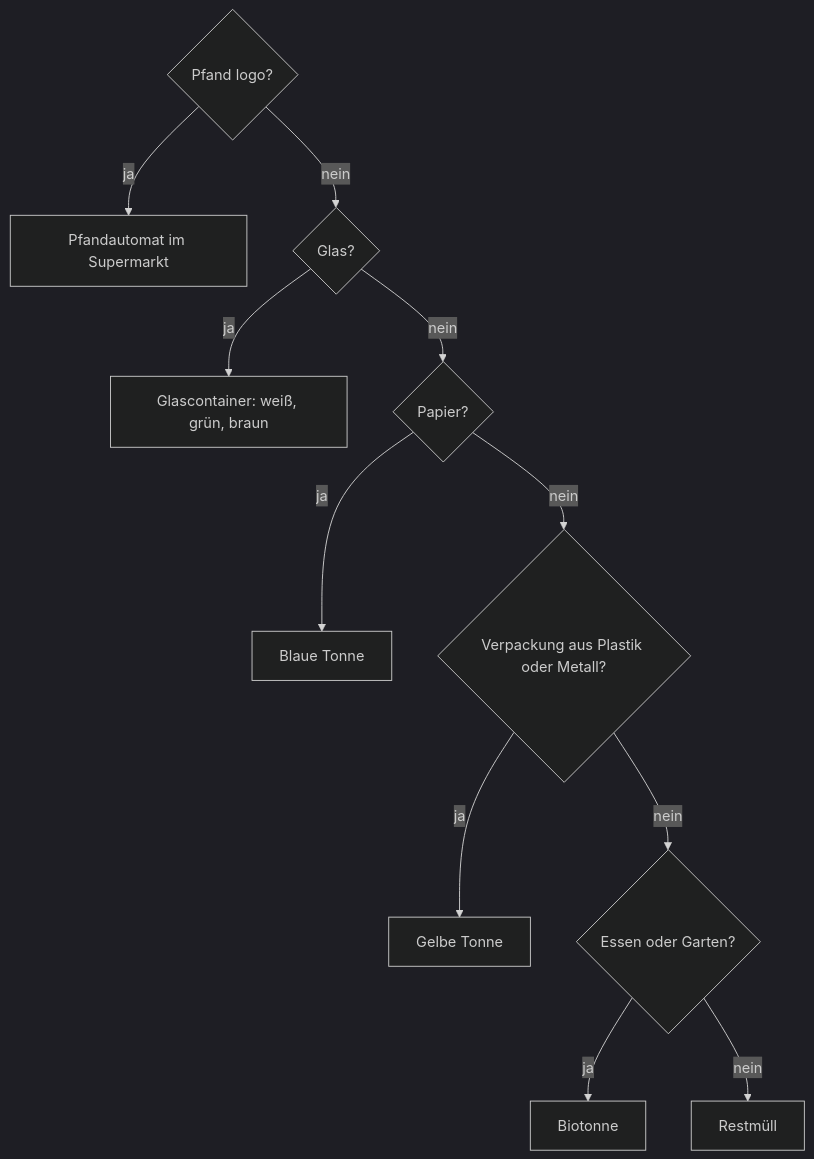
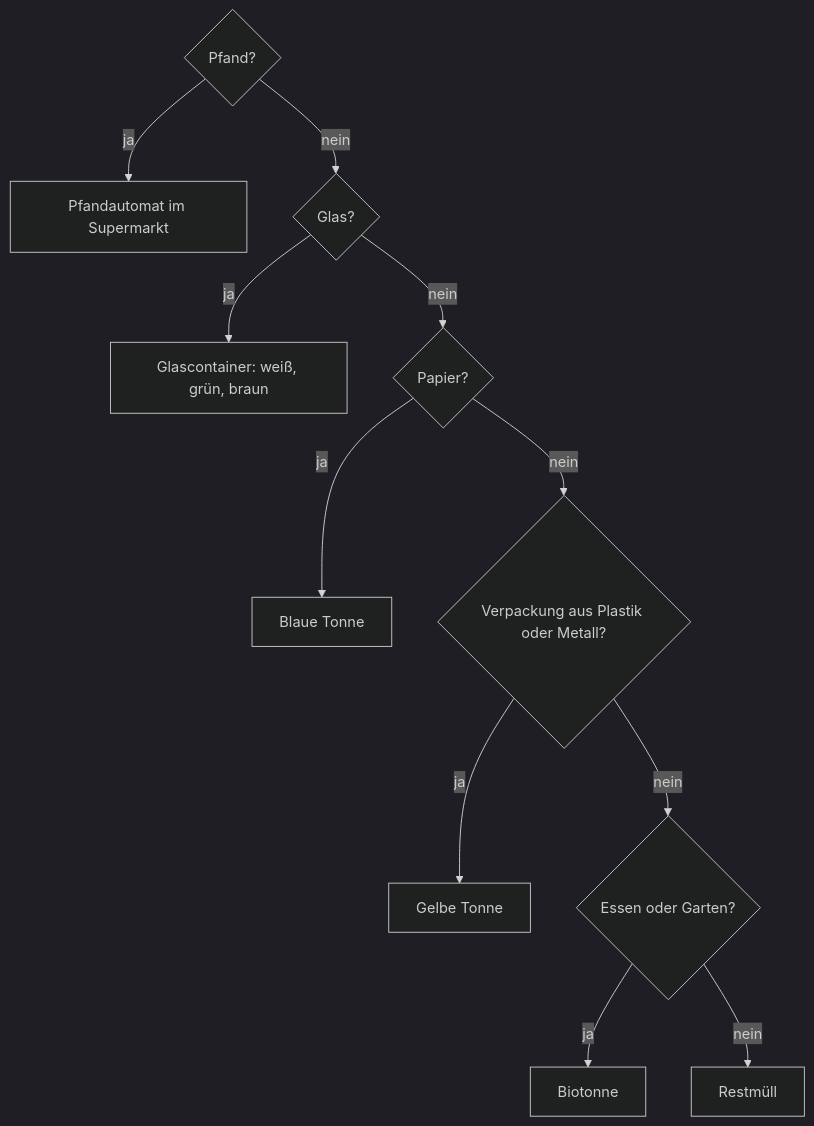
Before and after one commit to Aziliz/erudior: the diagram in content/languages/german-a1/lessons/91-zusammen-wohnen.md, drawn with Mermaid (dark theme). The commit also changed other lines of this file and 7 other files, not shown here.

````diff
--- a/content/languages/german-a1/lessons/91-zusammen-wohnen.md
+++ b/content/languages/german-a1/lessons/91-zusammen-wohnen.md
@@ -112,15 +113,15 @@
 ```mermaid
 flowchart TD
   accTitle: Where does it go? Sorting rubbish in Germany
-  accDescr: First ask whether the bottle or can has a deposit logo. If yes, take it back to the shop's deposit machine. If not, ask whether it is glass. Glass goes in the glass container, sorted by colour. If it is not glass, ask whether it is paper or cardboard: that goes in the blue paper bin. Otherwise, packaging of plastic or metal goes in the yellow bin, food and garden waste goes in the brown Biotonne, and everything else goes in the grey Restmüll bin.
-  A{"Pfand logo?"} -- ja --> B["Pfandautomat im Supermarkt"]
+  accDescr: First ask whether the bottle or can has a deposit (Pfand). If yes, take it back to the shop's deposit machine. If not, ask whether it is glass. Glass goes in the glass container, sorted by colour. If it is not glass, ask whether it is paper or cardboard: that goes in the blue paper bin. Otherwise, packaging of plastic or metal goes in the yellow bin, food and garden waste goes in the brown Biotonne, and everything else goes in the grey Restmüll bin.
+  A{"Pfand?"} -- ja --> B["Pfandautomat im Supermarkt"]
   A -- nein --> C{"Glas?"}
   C -- ja --> D["Glascontainer: weiß, grün, braun"]
   C -- nein --> E{"Papier?"}
   E -- ja --> F["Blaue Tonne"]
   E -- nein --> G{"Verpackung aus Plastik oder Metall?"}
   G -- ja --> H["Gelbe Tonne"]
   G -- nein --> I{"Essen oder Garten?"}
   I -- ja --> J["Biotonne"]
   I -- nein --> K["Restmüll"]
 ```
````
